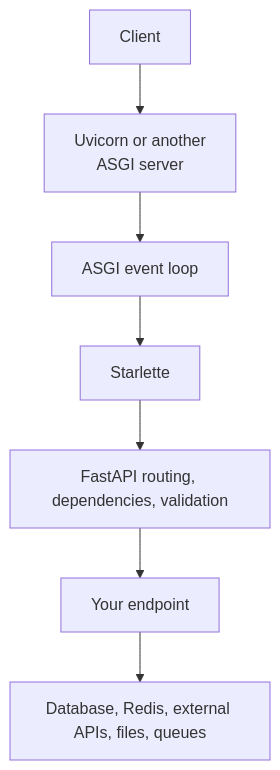
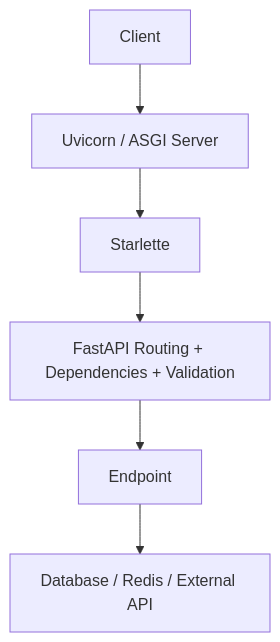
One commit to AvadhBhalodiya/Interview-Preparation changed the second of 8 diagrams in src/content/fastapi/async-endpoints.md. Above: the diagram before and after it, drawn with Mermaid. The commit also changed other lines of this file and 80 other files, not shown here.

````diff
--- a/src/content/fastapi/async-endpoints.md
+++ b/src/content/fastapi/async-endpoints.md
@@ -124,9 +80,8 @@
 ```mermaid
 flowchart TD
-    C[Client] --> U[Uvicorn or another<br/>ASGI server]
-    U --> L[ASGI event loop]
-    L --> S[Starlette]
-    S --> F["FastAPI routing, dependencies, validation"]
-    F --> E[Your endpoint]
-    E --> I["Database, Redis, external APIs, files, queues"]
+    C[Client] --> U[Uvicorn / ASGI Server]
+    U --> S[Starlette]
+    S --> F[FastAPI Routing + Dependencies + Validation]
+    F --> E[Endpoint]
+    E --> I[Database / Redis / External API]
 ```
````
